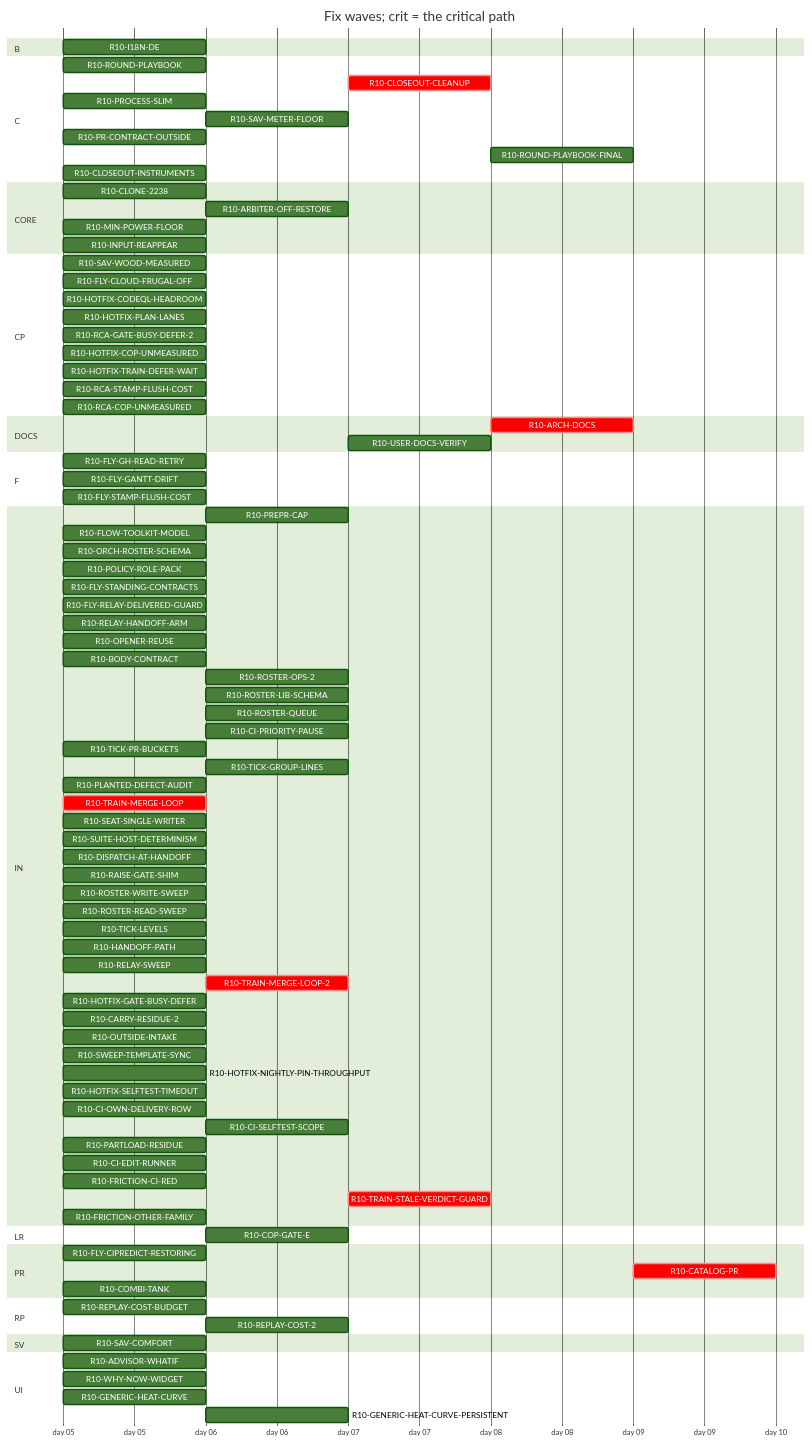
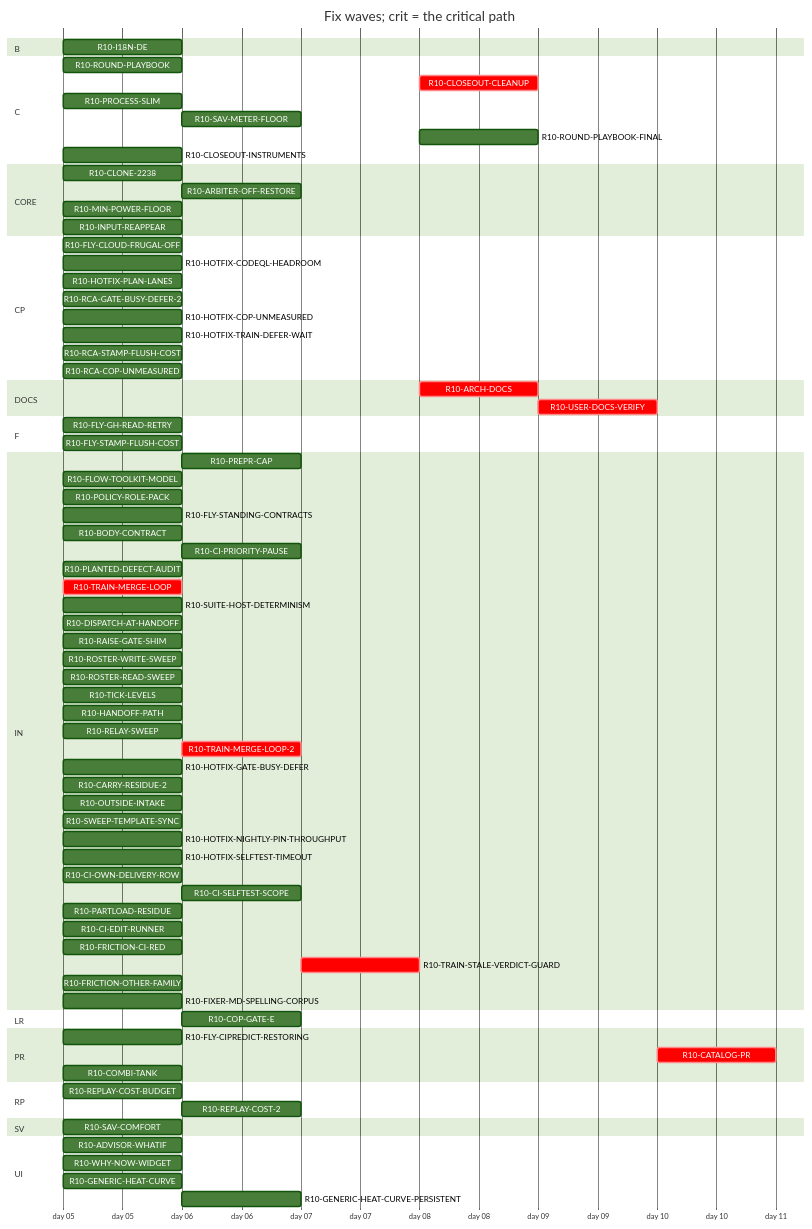
The diagram in handoff/round10/state/PLAN-TABLE.md (tvofi/heatpump_optimizer), drawn with Mermaid (forest theme) before and after one commit. The commit also changed other lines of this file and 3 other files, not shown here.

Commit message:
state: FLOW-BOARD.md, NEXT-SESSION-PROMPT.md, PLAN-TABLE.md, RESUME-CURRENT.md regenerated (state_docs.py)

```diff
--- a/handoff/round10/state/PLAN-TABLE.md
+++ b/handoff/round10/state/PLAN-TABLE.md
@@ -34,8 +34,7 @@
     R10-CLOSEOUT-CLEANUP :crit, r10CLOSEOUTCLEANUP, after r10ARCHDOCS r10USERDOCSVERIFY r10ROUNDPLAYBOOKFINAL r10CLOSEOUTINSTRUMENTS r10RCAGATEBUSYDEFER2 r10RCASTAMPFLUSHCOST r10RCACOPUNMEASURED r10FRICTIONCIRED r10FRICTIONOTHERFAMILY, 1d
     R10-PROCESS-SLIM :r10PROCESSSLIM, 2026-01-05, 1d
     R10-SAV-METER-FLOOR :r10SAVMETERFLOOR, after r10SAVCOMFORT, 1d
-    R10-PR-CONTRACT-OUTSIDE :r10PRCONTRACTOUTSIDE, 2026-01-05, 1d
-    R10-ROUND-PLAYBOOK-FINAL :r10ROUNDPLAYBOOKFINAL, after r10PREPRCAP r10HANDOFFPATH r10RELAYSWEEP r10TRAINMERGELOOP r10DISPATCHATHANDOFF r10BODYCONTRACT r10TICKLEVELS r10CIPRIORITYPAUSE r10ROSTERWRITESWEEP r10ROSTERREADSWEEP r10FLYSTANDINGCONTRACTS r10POLICYROLEPACK r10FLOWTOOLKITMODEL r10FLYCIPREDICTRESTORING r10RAISEGATESHIM r10PLANTEDDEFECTAUDIT r10FLYGHREADRETRY r10SUITEHOSTDETERMINISM r10ROUNDPLAYBOOK r10PROCESSSLIM r10TRAINMERGELOOP2 r10HOTFIXGATEBUSYDEFER r10CARRYRESIDUE2 r10REPLAYCOST2 r10HOTFIXCODEQLHEADROOM r10OUTSIDEINTAKE r10HOTFIXPLANLANES r10SWEEPTEMPLATESYNC r10HOTFIXNIGHTLYPINTHROUGHPUT r10HOTFIXSELFTESTTIMEOUT r10FLYSTAMPFLUSHCOST r10HOTFIXTRAINDEFERWAIT r10CIOWNDELIVERYROW r10CISELFTESTSCOPE r10CIEDITRUNNER r10TRAINSTALEVERDICTGUARD r10CLOSEOUTINSTRUMENTS r10FRICTIONCIRED r10FRICTIONOTHERFAMILY, 1d
+    R10-ROUND-PLAYBOOK-FINAL :r10ROUNDPLAYBOOKFINAL, after r10PREPRCAP r10HANDOFFPATH r10RELAYSWEEP r10TRAINMERGELOOP r10DISPATCHATHANDOFF r10BODYCONTRACT r10TICKLEVELS r10CIPRIORITYPAUSE r10ROSTERWRITESWEEP r10ROSTERREADSWEEP r10FLYSTANDINGCONTRACTS r10POLICYROLEPACK r10FLOWTOOLKITMODEL r10FLYCIPREDICTRESTORING r10RAISEGATESHIM r10PLANTEDDEFECTAUDIT r10FLYGHREADRETRY r10SUITEHOSTDETERMINISM r10ROUNDPLAYBOOK r10PROCESSSLIM r10TRAINMERGELOOP2 r10HOTFIXGATEBUSYDEFER r10CARRYRESIDUE2 r10REPLAYCOST2 r10HOTFIXCODEQLHEADROOM r10OUTSIDEINTAKE r10HOTFIXPLANLANES r10SWEEPTEMPLATESYNC r10HOTFIXNIGHTLYPINTHROUGHPUT r10HOTFIXSELFTESTTIMEOUT r10FLYSTAMPFLUSHCOST r10HOTFIXTRAINDEFERWAIT r10CIOWNDELIVERYROW r10CISELFTESTSCOPE r10CIEDITRUNNER r10TRAINSTALEVERDICTGUARD r10CLOSEOUTINSTRUMENTS r10FRICTIONCIRED r10FRICTIONOTHERFAMILY r10FIXERMDSPELLINGCORPUS, 1d
     R10-CLOSEOUT-INSTRUMENTS :r10CLOSEOUTINSTRUMENTS, 2026-01-05, 1d
   section CORE
     R10-CLONE-2238 :r10CLONE2238, 2026-01-05, 1d
@@ -43,7 +42,6 @@
     R10-MIN-POWER-FLOOR :r10MINPOWERFLOOR, 2026-01-05, 1d
     R10-INPUT-REAPPEAR :r10INPUTREAPPEAR, 2026-01-05, 1d
   section CP
-    R10-SAV-WOOD-MEASURED :r10SAVWOODMEASURED, 2026-01-05, 1d
     R10-FLY-CLOUD-FRUGAL-OFF :r10FLYCLOUDFRUGALOFF, 2026-01-05, 1d
     R10-HOTFIX-CODEQL-HEADROOM :r10HOTFIXCODEQLHEADROOM, 2026-01-05, 1d
     R10-HOTFIX-PLAN-LANES :r10HOTFIXPLANLANES, 2026-01-05, 1d
@@ -54,30 +52,19 @@
     R10-RCA-COP-UNMEASURED :r10RCACOPUNMEASURED, 2026-01-05, 1d
   section DOCS
     R10-ARCH-DOCS :crit, r10ARCHDOCS, after r10CLONE2238 r10SAVCOMFORT r10WHYNOWWIDGET r10ADVISORWHATIF r10REPLAYCOSTBUDGET r10PREPRCAP r10HANDOFFPATH r10RELAYSWEEP r10TRAINMERGELOOP r10DISPATCHATHANDOFF r10BODYCONTRACT r10TICKLEVELS r10CIPRIORITYPAUSE r10ROSTERWRITESWEEP r10ROSTERREADSWEEP r10FLYSTANDINGCONTRACTS r10POLICYROLEPACK r10FLOWTOOLKITMODEL r10FLYCIPREDICTRESTORING r10RAISEGATESHIM r10PLANTEDDEFECTAUDIT r10FLYGHREADRETRY r10SUITEHOSTDETERMINISM r10PROCESSSLIM r10SAVMETERFLOOR r10HOTFIXCOPUNMEASURED r10COPGATEE r10PARTLOADRESIDUE r10I18NDE r10GENERICHEATCURVE r10GENERICHEATCURVEPERSISTENT r10ARBITEROFFRESTORE r10TRAINMERGELOOP2 r10HOTFIXGATEBUSYDEFER r10CARRYRESIDUE2 r10REPLAYCOST2 r10HOTFIXCODEQLHEADROOM r10OUTSIDEINTAKE r10HOTFIXPLANLANES r10SWEEPTEMPLATESYNC r10HOTFIXNIGHTLYPINTHROUGHPUT r10HOTFIXSELFTESTTIMEOUT r10FLYSTAMPFLUSHCOST r10HOTFIXTRAINDEFERWAIT r10CIOWNDELIVERYROW r10CISELFTESTSCOPE r10CIEDITRUNNER r10TRAINSTALEVERDICTGUARD r10COMBITANK r10CLOSEOUTINSTRUMENTS r10MINPOWERFLOOR r10ROUNDPLAYBOOK r10RCAGATEBUSYDEFER2 r10FRICTIONCIRED r10FRICTIONOTHERFAMILY r10RCASTAMPFLUSHCOST r10RCACOPUNMEASURED r10INPUTREAPPEAR, 1d
-    R10-USER-DOCS-VERIFY :r10USERDOCSVERIFY, after r10CLONE2238 r10SAVCOMFORT r10WHYNOWWIDGET r10ADVISORWHATIF r10SAVMETERFLOOR r10HOTFIXCOPUNMEASURED r10COPGATEE r10PARTLOADRESIDUE r10I18NDE r10GENERICHEATCURVE r10GENERICHEATCURVEPERSISTENT r10ARBITEROFFRESTORE r10COMBITANK r10MINPOWERFLOOR r10INPUTREAPPEAR, 1d
+    R10-USER-DOCS-VERIFY :crit, r10USERDOCSVERIFY, after r10CLONE2238 r10SAVCOMFORT r10WHYNOWWIDGET r10ADVISORWHATIF r10SAVMETERFLOOR r10HOTFIXCOPUNMEASURED r10COPGATEE r10PARTLOADRESIDUE r10I18NDE r10GENERICHEATCURVE r10GENERICHEATCURVEPERSISTENT r10ARBITEROFFRESTORE r10COMBITANK r10MINPOWERFLOOR r10INPUTREAPPEAR r10ARCHDOCS, 1d
   section F
     R10-FLY-GH-READ-RETRY :r10FLYGHREADRETRY, 2026-01-05, 1d
-    R10-FLY-GANTT-DRIFT :r10FLYGANTTDRIFT, 2026-01-05, 1d
     R10-FLY-STAMP-FLUSH-COST :r10FLYSTAMPFLUSHCOST, 2026-01-05, 1d
   section IN
     R10-PREPR-CAP :r10PREPRCAP, after r10PROCESSSLIM, 1d
     R10-FLOW-TOOLKIT-MODEL :r10FLOWTOOLKITMODEL, 2026-01-05, 1d
-    R10-ORCH-ROSTER-SCHEMA :r10ORCHROSTERSCHEMA, 2026-01-05, 1d
     R10-POLICY-ROLE-PACK :r10POLICYROLEPACK, 2026-01-05, 1d
     R10-FLY-STANDING-CONTRACTS :r10FLYSTANDINGCONTRACTS, 2026-01-05, 1d
-    R10-FLY-RELAY-DELIVERED-GUARD :r10FLYRELAYDELIVEREDGUARD, 2026-01-05, 1d
-    R10-RELAY-HANDOFF-ARM :r10RELAYHANDOFFARM, 2026-01-05, 1d
-    R10-OPENER-REUSE :r10OPENERREUSE, 2026-01-05, 1d
     R10-BODY-CONTRACT :r10BODYCONTRACT, 2026-01-05, 1d
-    R10-ROSTER-OPS-2 :r10ROSTEROPS2, after r10ORCHROSTERSCHEMA, 1d
-    R10-ROSTER-LIB-SCHEMA :r10ROSTERLIBSCHEMA, after r10ORCHROSTERSCHEMA, 1d
-    R10-ROSTER-QUEUE :r10ROSTERQUEUE, after r10ORCHROSTERSCHEMA, 1d
     R10-CI-PRIORITY-PAUSE :r10CIPRIORITYPAUSE, after r10TICKLEVELS, 1d
-    R10-TICK-PR-BUCKETS :r10TICKPRBUCKETS, 2026-01-05, 1d
-    R10-TICK-GROUP-LINES :r10TICKGROUPLINES, after r10ORCHROSTERSCHEMA, 1d
     R10-PLANTED-DEFECT-AUDIT :r10PLANTEDDEFECTAUDIT, 2026-01-05, 1d
     R10-TRAIN-MERGE-LOOP :crit, r10TRAINMERGELOOP, 2026-01-05, 1d
-    R10-SEAT-SINGLE-WRITER :r10SEATSINGLEWRITER, 2026-01-05, 1d
     R10-SUITE-HOST-DETERMINISM :r10SUITEHOSTDETERMINISM, 2026-01-05, 1d
     R10-DISPATCH-AT-HANDOFF :r10DISPATCHATHANDOFF, 2026-01-05, 1d
     R10-RAISE-GATE-SHIM :r10RAISEGATESHIM, 2026-01-05, 1d
@@ -100,6 +87,7 @@
     R10-FRICTION-CI-RED :r10FRICTIONCIRED, 2026-01-05, 1d
     R10-TRAIN-STALE-VERDICT-GUARD :crit, r10TRAINSTALEVERDICTGUARD, after r10TRAINMERGELOOP2, 1d
     R10-FRICTION-OTHER-FAMILY :r10FRICTIONOTHERFAMILY, 2026-01-05, 1d
+    R10-FIXER-MD-SPELLING-CORPUS :r10FIXERMDSPELLINGCORPUS, 2026-01-05, 1d
   section LR
     R10-COP-GATE-E :r10COPGATEE, after r10HOTFIXCOPUNMEASURED, 1d
   section PR
```
